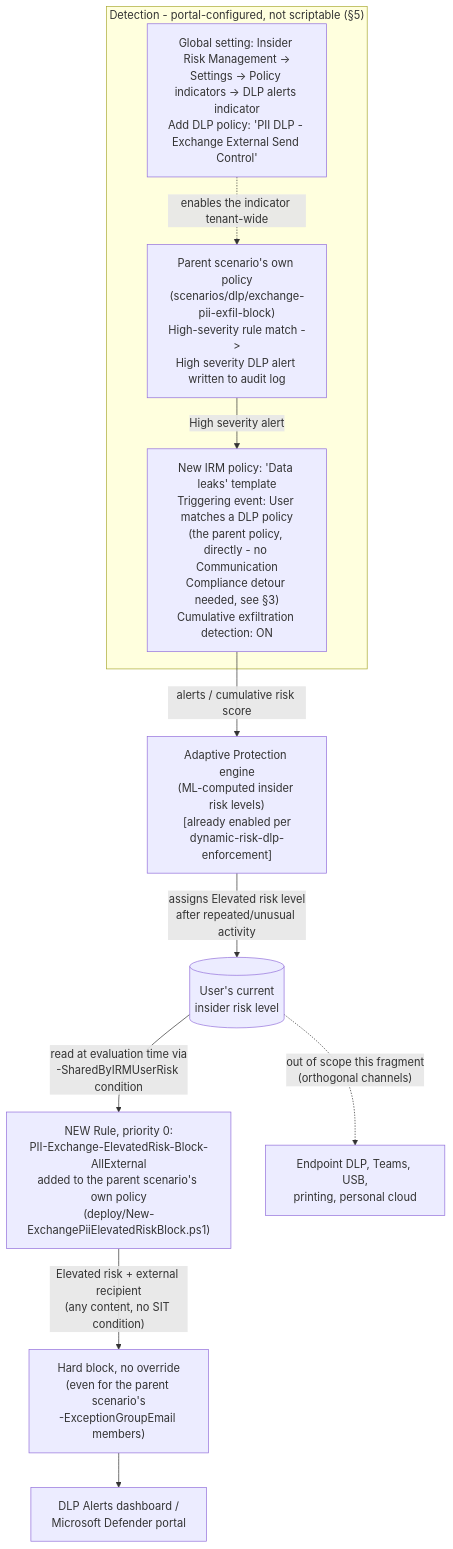
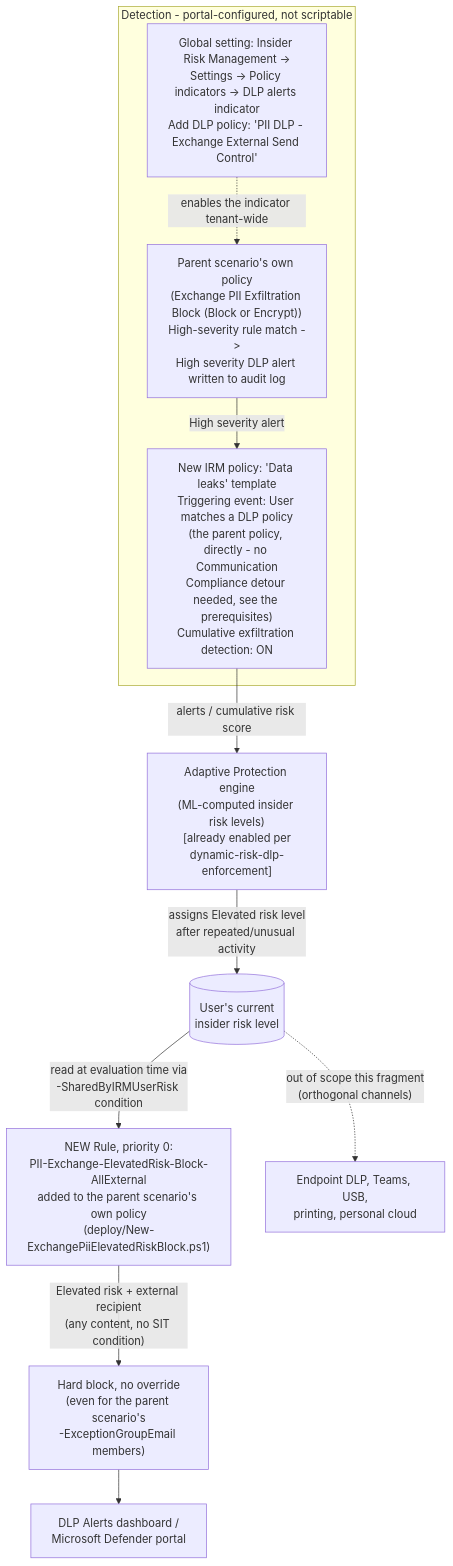
Before and after one commit to kpsec1/kpsec1.github.io: the diagram in src/content/scenarios/dlp/exchange-pii-exfil-block-part2-obfuscation-mitigation.design.md, drawn with Mermaid. The commit also changed other lines of this file and 269 other files, not shown here.

````diff
--- a/src/content/scenarios/dlp/exchange-pii-exfil-block-part2-obfuscation-mitigation.design.md
+++ b/src/content/scenarios/dlp/exchange-pii-exfil-block-part2-obfuscation-mitigation.design.md
@@ -64,16 +64,16 @@
 ```mermaid
 flowchart TD
-    subgraph Detect["Detection - portal-configured, not scriptable (§5)"]
+    subgraph Detect["Detection - portal-configured, not scriptable"]
         GlobalInd["Global setting: Insider Risk Management ->\nSettings -> Policy indicators -> DLP alerts indicator\nAdd DLP policy: 'PII DLP - Exchange External Send Control'"]
-        ParentPolicy["Parent scenario's own policy\n(scenarios/dlp/exchange-pii-exfil-block)\nHigh-severity rule match ->\nHigh severity DLP alert written to audit log"]
-        IRM["New IRM policy: 'Data leaks' template\nTriggering event: User matches a DLP policy\n(the parent policy, directly - no Communication\nCompliance detour needed, see §3)\nCumulative exfiltration detection: ON"]
+        ParentPolicy["Parent scenario's own policy\n(Exchange PII Exfiltration Block (Block or Encrypt))\nHigh-severity rule match ->\nHigh severity DLP alert written to audit log"]
+        IRM["New IRM policy: 'Data leaks' template\nTriggering event: User matches a DLP policy\n(the parent policy, directly - no Communication\nCompliance detour needed, see the prerequisites)\nCumulative exfiltration detection: ON"]
         GlobalInd -.->|enables the indicator tenant-wide| ParentPolicy
         ParentPolicy -->|High severity alert| IRM
     end
     IRM -->|alerts / cumulative risk score| APEngine["Adaptive Protection engine\n(ML-computed insider risk levels)\n[already enabled per\ndynamic-risk-dlp-enforcement]"]
     APEngine -->|"assigns Elevated risk level\nafter repeated/unusual activity"| RiskLevel[("User's current\ninsider risk level")]
     RiskLevel -->|"read at evaluation time via\n-SharedByIRMUserRisk condition"| NewRule["NEW Rule, priority 0:\nPII-Exchange-ElevatedRisk-Block-AllExternal\nadded to the parent scenario's own policy\n(deploy/New-ExchangePiiElevatedRiskBlock.ps1)"]
     NewRule -->|"Elevated risk + external recipient\n(any content, no SIT condition)"| Block["Hard block, no override\n(even for the parent scenario's\n-ExceptionGroupEmail members)"]
     Block --> Reports["DLP Alerts dashboard /\nMicrosoft Defender portal"]
     RiskLevel -.->|"out of scope this fragment\n(orthogonal channels)"| Endpoint["Endpoint DLP, Teams, USB,\nprinting, personal cloud"]
 ```
````
